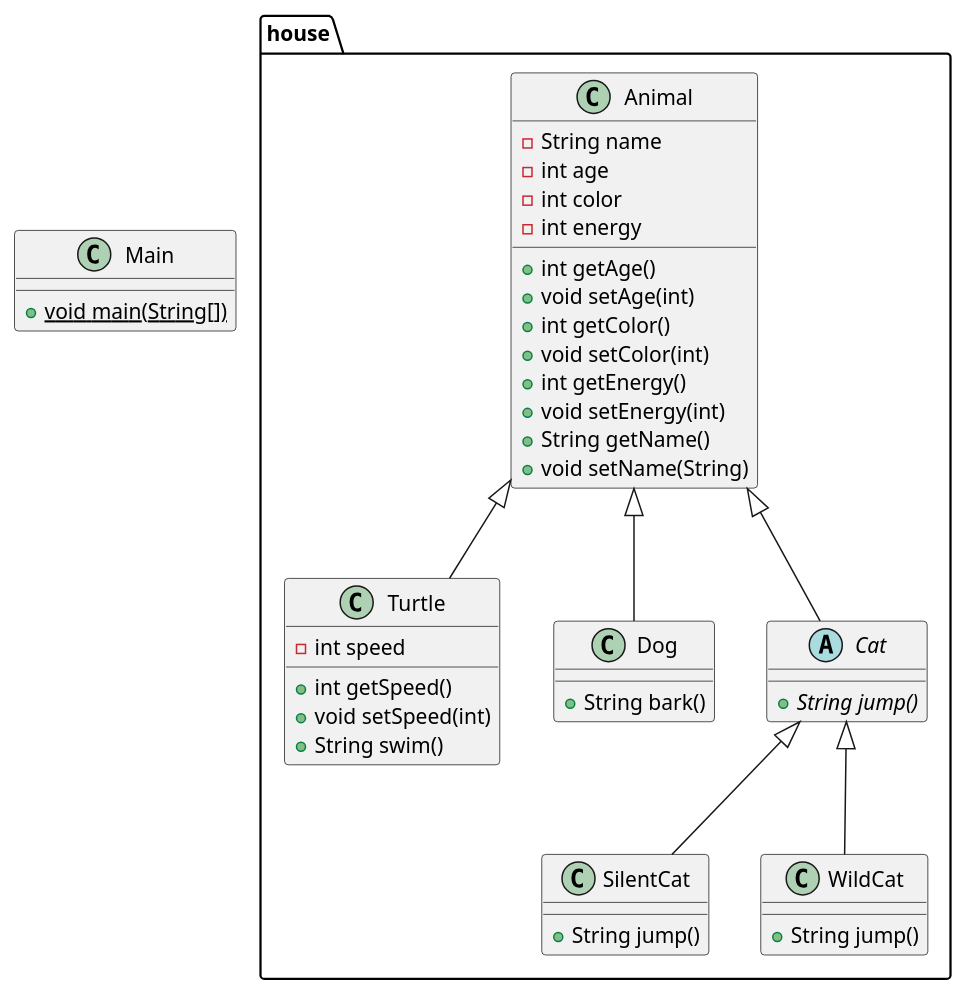
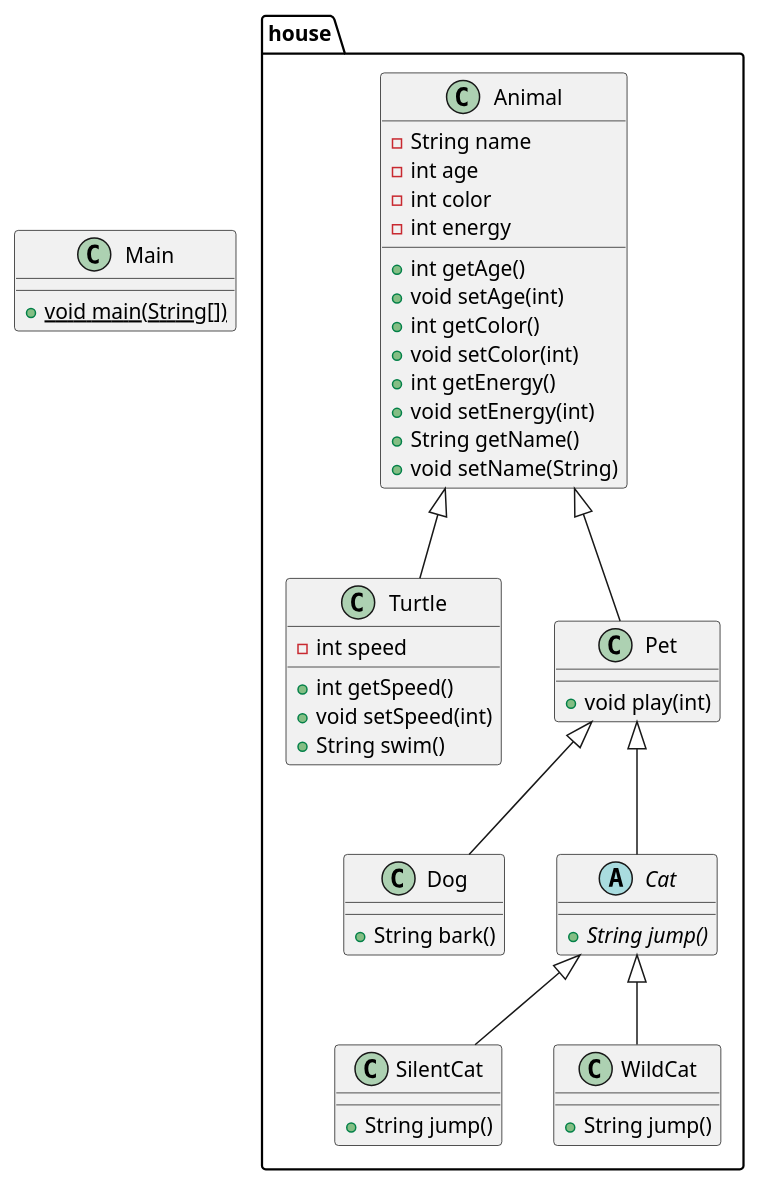
The diagram in clase_08/class_diagram.puml (davinci-as/23.2_poo), drawn with PlantUML before and after one commit. The commit also changed 5 other files, not shown here.

```diff
--- a/clase_08/class_diagram.puml
+++ b/clase_08/class_diagram.puml
@@ -1,44 +1,48 @@
 @startuml
 class Main {
 + {static} void main(String[])
 }
 class house.SilentCat {
 + String jump()
 }
 class house.Turtle {
 - int speed
 + int getSpeed()
 + void setSpeed(int)
 + String swim()
 }
 class house.Dog {
 + String bark()
 }
 class house.WildCat {
 + String jump()
 }
 class house.Animal {
 - String name
 - int age
 - int color
 - int energy
 + int getAge()
 + void setAge(int)
 + int getColor()
 + void setColor(int)
 + int getEnergy()
 + void setEnergy(int)
 + String getName()
 + void setName(String)
 }
+class house.Pet {
++ void play(int)
+}
 abstract class house.Cat {
 + {abstract}String jump()
 }
 
 
 house.Cat <|-- house.SilentCat
 house.Animal <|-- house.Turtle
-house.Animal <|-- house.Dog
+house.Pet <|-- house.Dog
 house.Cat <|-- house.WildCat
-house.Animal <|-- house.Cat
+house.Animal <|-- house.Pet
+house.Pet <|-- house.Cat
 @enduml
```
